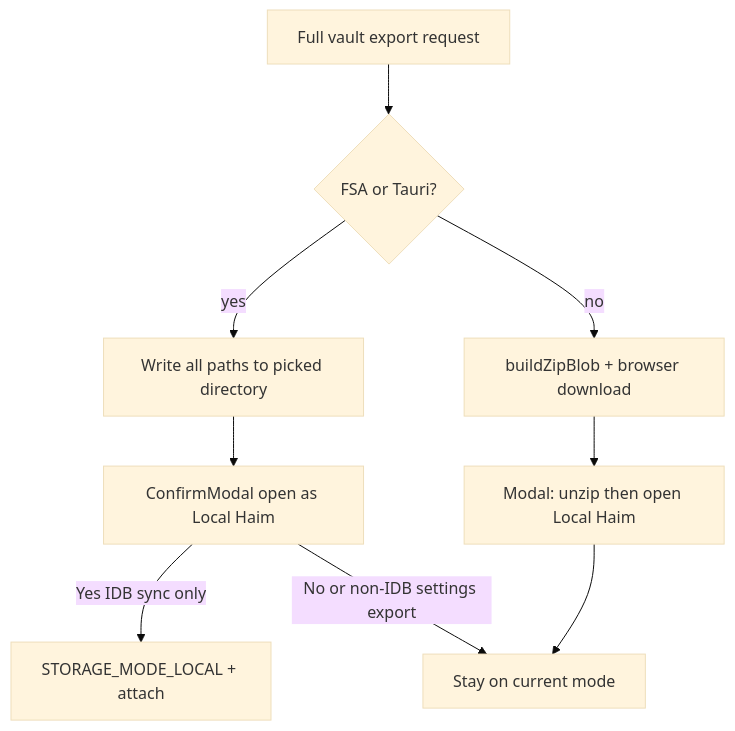
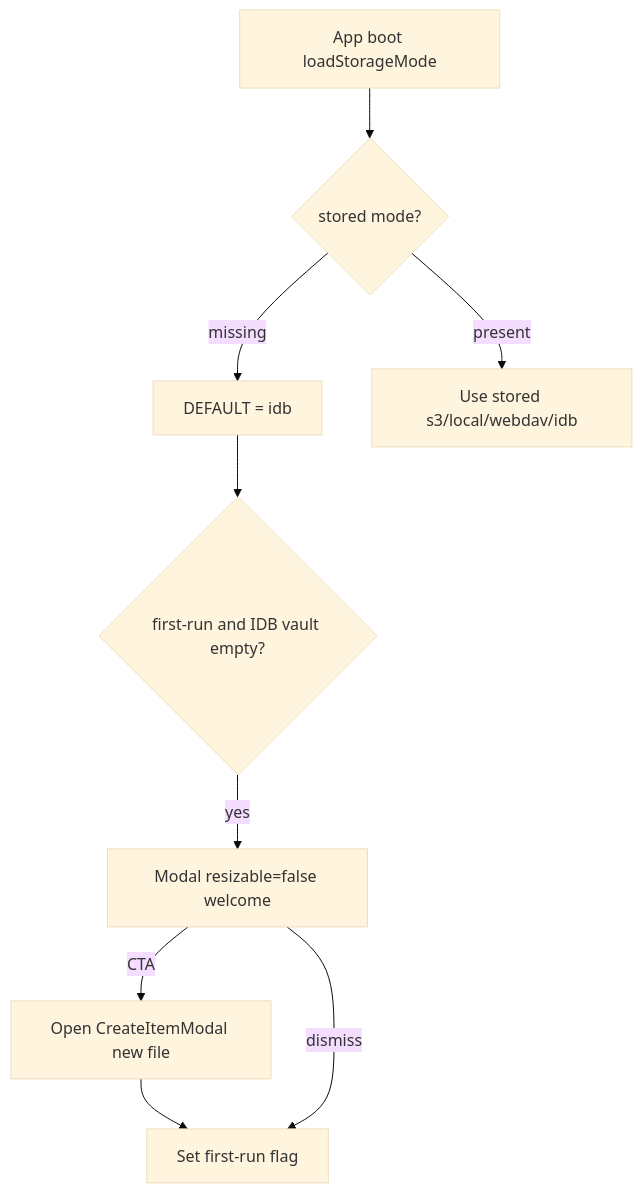
The diagram in .cursor/plans/idb_haim_mode_d6e15513.plan.md (explainpark101/DocuHaim), drawn with Mermaid (base theme) before and after one commit. The commit also changed other lines of this file and 41 other files, not shown here.

First line of the commit message:
feat: introduce IDB Haim mode and enhance vault export functionality

````diff
--- a/.cursor/plans/idb_haim_mode_d6e15513.plan.md
+++ b/.cursor/plans/idb_haim_mode_d6e15513.plan.md
@@ -38,19 +45,19 @@
 ```mermaid
 flowchart TD
-  start[Full vault export request]
-  check{FSA or Tauri?}
-  folder[Write all paths to picked directory]
-  zip[buildZipBlob + browser download]
-  confirmLocal[ConfirmModal open as Local Haim]
-  instruct[Modal: unzip then open Local Haim]
-  localMode[STORAGE_MODE_LOCAL + attach]
-  stay[Stay on current mode]
-  start --> check
-  check -->|yes| folder
-  check -->|no| zip
-  folder --> confirmLocal
-  confirmLocal -->|Yes IDB sync only| localMode
-  confirmLocal -->|No or non-IDB settings export| stay
-  zip --> instruct
-  instruct --> stay
+  boot[App boot loadStorageMode]
+  mode{stored mode?}
+  idbDefault[DEFAULT = idb]
+  other[Use stored s3/local/webdav/idb]
+  empty{first-run and IDB vault empty?}
+  welcome["Modal resizable=false welcome"]
+  create[Open CreateItemModal new file]
+  done[Set first-run flag]
+  boot --> mode
+  mode -->|missing| idbDefault
+  mode -->|present| other
+  idbDefault --> empty
+  empty -->|yes| welcome
+  welcome -->|CTA| create
+  create --> done
+  welcome -->|dismiss| done
 ```
````
